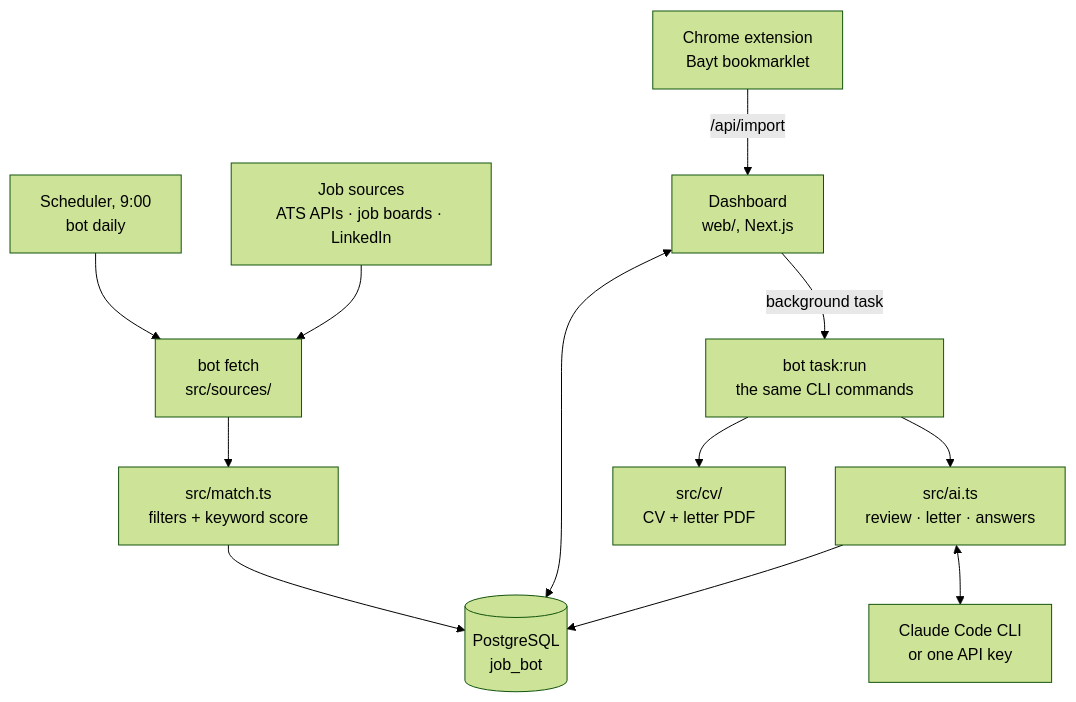
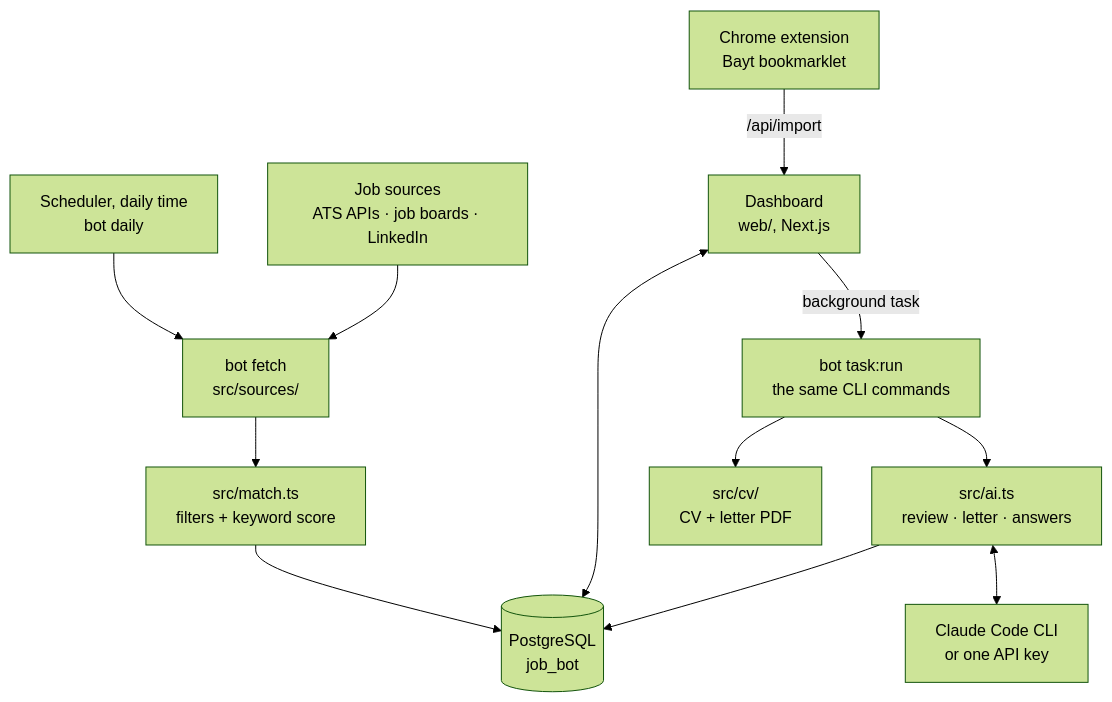
The diagram in docs/how-it-works.md (abdulrehmandar2234/job-bot), drawn with Mermaid (forest theme) before and after one commit. The commit also changed 21 other files, not shown here.

First line of the commit message:
Daily run at a time you choose (dailyTime, default 09:00)

````diff
--- a/docs/how-it-works.md
+++ b/docs/how-it-works.md
@@ -7,23 +7,23 @@
 ```mermaid
 flowchart TB
   Sources["Job sources<br/>ATS APIs · job boards · LinkedIn"]
   Ext["Chrome extension<br/>Bayt bookmarklet"]
-  Sched["Scheduler, 9:00<br/>bot daily"]
+  Sched["Scheduler, daily time<br/>bot daily"]
   Fetch["bot fetch<br/>src/sources/"]
   Match["src/match.ts<br/>filters + keyword score"]
   DB[("PostgreSQL<br/>job_bot")]
   AI["src/ai.ts<br/>review · letter · answers"]
   Provider["Claude Code CLI<br/>or one API key"]
   Web["Dashboard<br/>web/, Next.js"]
   Task["bot task:run<br/>the same CLI commands"]
   CV["src/cv/<br/>CV + letter PDF"]
 
   Sched --> Fetch
   Sources --> Fetch --> Match --> DB
   Ext -- "/api/import" --> Web
   Web <--> DB
   Web -- "background task" --> Task
   Task --> AI & CV
   AI <--> Provider
   AI --> DB
 ```
````
